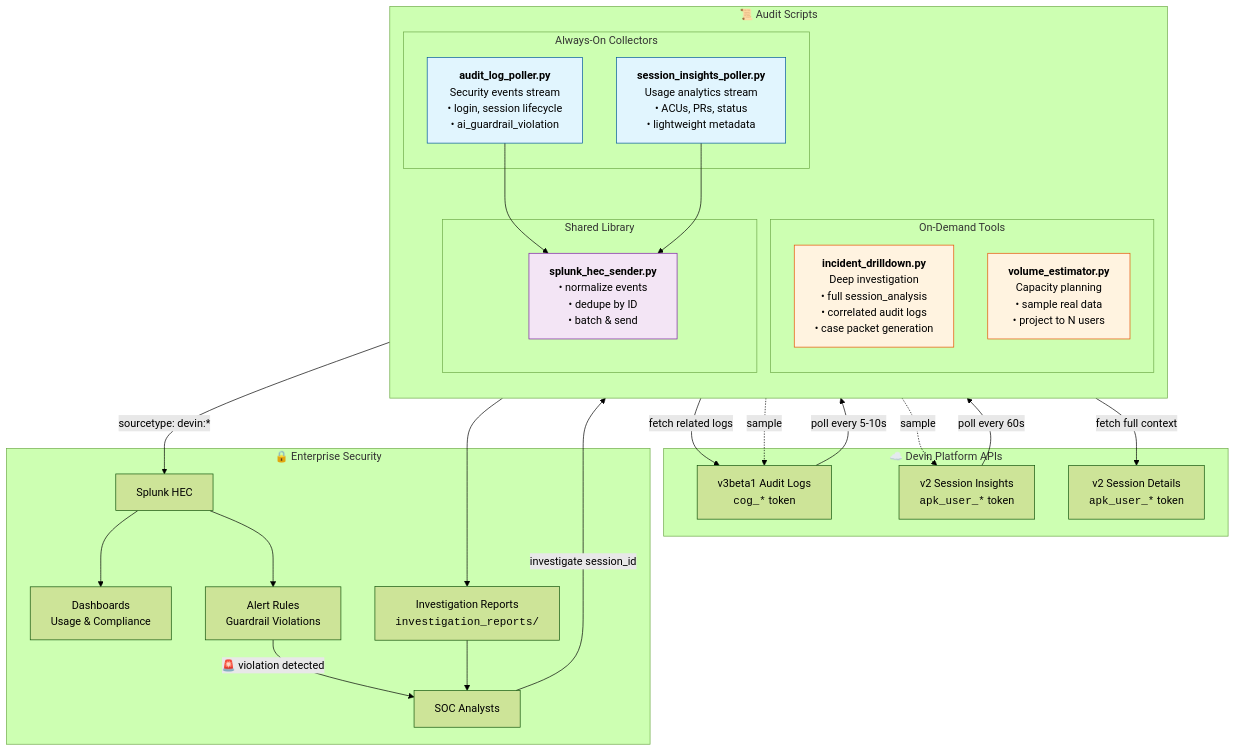
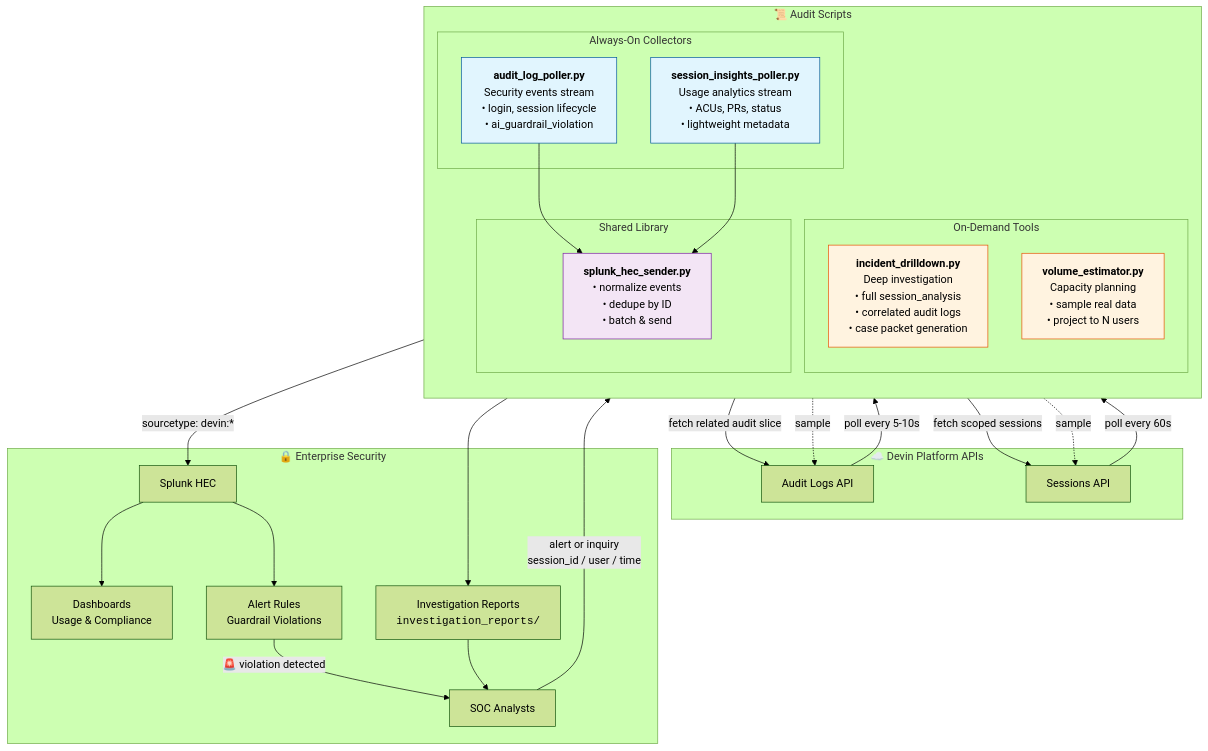
One commit to taylor-curran/devin-repo-rbac-at-scale changed the diagram in audit_log_api/ARCHITECTURE.md. Above: the diagram before and after it, drawn with Mermaid (forest theme). The commit also changed 1 other file, not shown here.

Commit message:
adding audit logs

````diff
--- a/audit_log_api/ARCHITECTURE.md
+++ b/audit_log_api/ARCHITECTURE.md
@@ -5,64 +5,63 @@
 ```mermaid
 flowchart TB
     subgraph Devin["☁️ Devin Platform APIs"]
-        V3["v3beta1 Audit Logs<br/><code>cog_*</code> token"]
-        V2_Insights["v2 Session Insights<br/><code>apk_user_*</code> token"]
-        V2_Details["v2 Session Details<br/><code>apk_user_*</code> token"]
+        AuditAPI["Audit Logs API"]
+        SessionsAPI["Sessions API"]
     end
 
     subgraph Scripts["📜 Audit Scripts"]
         direction TB
         
         subgraph AlwaysOn["Always-On Collectors"]
             ALP["<b>audit_log_poller.py</b><br/>Security events stream<br/>• login, session lifecycle<br/>• ai_guardrail_violation"]
             SIP["<b>session_insights_poller.py</b><br/>Usage analytics stream<br/>• ACUs, PRs, status<br/>• lightweight metadata"]
         end
         
         subgraph OnDemand["On-Demand Tools"]
             IDD["<b>incident_drilldown.py</b><br/>Deep investigation<br/>• full session_analysis<br/>• correlated audit logs<br/>• case packet generation"]
             VOL["<b>volume_estimator.py</b><br/>Capacity planning<br/>• sample real data<br/>• project to N users"]
         end
         
         subgraph Shared["Shared Library"]
             HEC["<b>splunk_hec_sender.py</b><br/>• normalize events<br/>• dedupe by ID<br/>• batch & send"]
         end
     end
 
     subgraph SIEM["🔒 Enterprise Security"]
         Splunk["Splunk HEC"]
         Dashboards["Dashboards<br/>Usage & Compliance"]
         Alerts["Alert Rules<br/>Guardrail Violations"]
         SOC["SOC Analysts"]
         Reports["Investigation Reports<br/><code>investigation_reports/</code>"]
     end
 
     %% Data flows
-    V3 -->|"poll every 5-10s"| ALP
-    V2_Insights -->|"poll every 60s"| SIP
+    AuditAPI -->|"poll every 5-10s"| ALP
+    SessionsAPI -->|"poll every 60s"| SIP
     
     ALP --> HEC
     SIP --> HEC
     HEC -->|"sourcetype: devin:*"| Splunk
     
     Splunk --> Dashboards
     Splunk --> Alerts
     Alerts -->|"🚨 violation detected"| SOC
     
-    SOC -->|"investigate session_id"| IDD
-    IDD -->|"fetch full context"| V2_Details
-    IDD -->|"fetch related logs"| V3
+    SOC -->|alert or inquiry<br/>session_id / user / time| IDD
+    IDD -->|fetch scoped sessions| SessionsAPI
+    IDD -->|fetch related audit slice| AuditAPI
     IDD --> Reports
     Reports --> SOC
     
-    VOL -.->|"sample"| V3
-    VOL -.->|"sample"| V2_Insights
+    VOL -.->|"sample"| AuditAPI
+    VOL -.->|"sample"| SessionsAPI
     
     %% Styling
     classDef always fill:#e1f5fe,stroke:#01579b
     classDef ondemand fill:#fff3e0,stroke:#e65100
     classDef shared fill:#f3e5f5,stroke:#7b1fa2
     
     class ALP,SIP always
     class IDD,VOL ondemand
     class HEC shared
 ```
````
